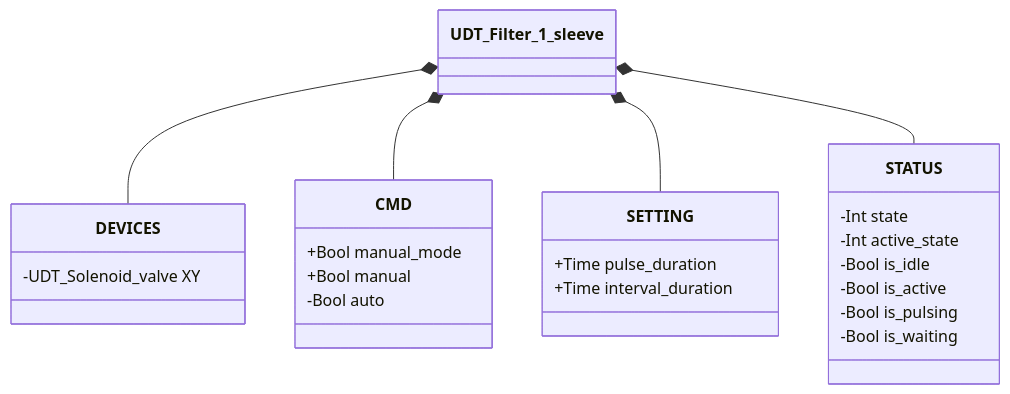
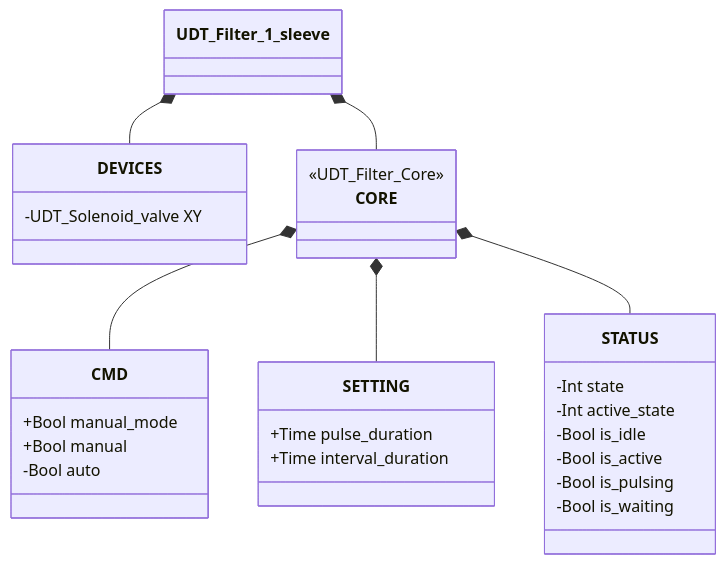
Before and after one commit to AleFire99/TIA_knowledge: the first of 2 diagrams in docs/en/library/filters/1-sleeve/index.md, drawn with Mermaid. The commit also changed other lines of this file and 153 other files, not shown here.

````diff
--- a/docs/en/library/filters/1-sleeve/index.md
+++ b/docs/en/library/filters/1-sleeve/index.md
@@ -21,28 +21,32 @@
 ```mermaid
 classDiagram
     class UDT_Filter_1_sleeve
     class DEVICES {
         -UDT_Solenoid_valve XY
+    }
+    class CORE {
+        <<UDT_Filter_Core>>
     }
     class CMD {
         +Bool manual_mode
         +Bool manual
         -Bool auto
     }
     class SETTING {
         +Time pulse_duration
         +Time interval_duration
     }
     class STATUS {
         -Int state
         -Int active_state
         -Bool is_idle
         -Bool is_active
         -Bool is_pulsing
         -Bool is_waiting
     }
     UDT_Filter_1_sleeve *-- DEVICES
-    UDT_Filter_1_sleeve *-- CMD
-    UDT_Filter_1_sleeve *-- SETTING
-    UDT_Filter_1_sleeve *-- STATUS
+    UDT_Filter_1_sleeve *-- CORE
+    CORE *-- CMD
+    CORE *-- SETTING
+    CORE *-- STATUS
 ```
````
